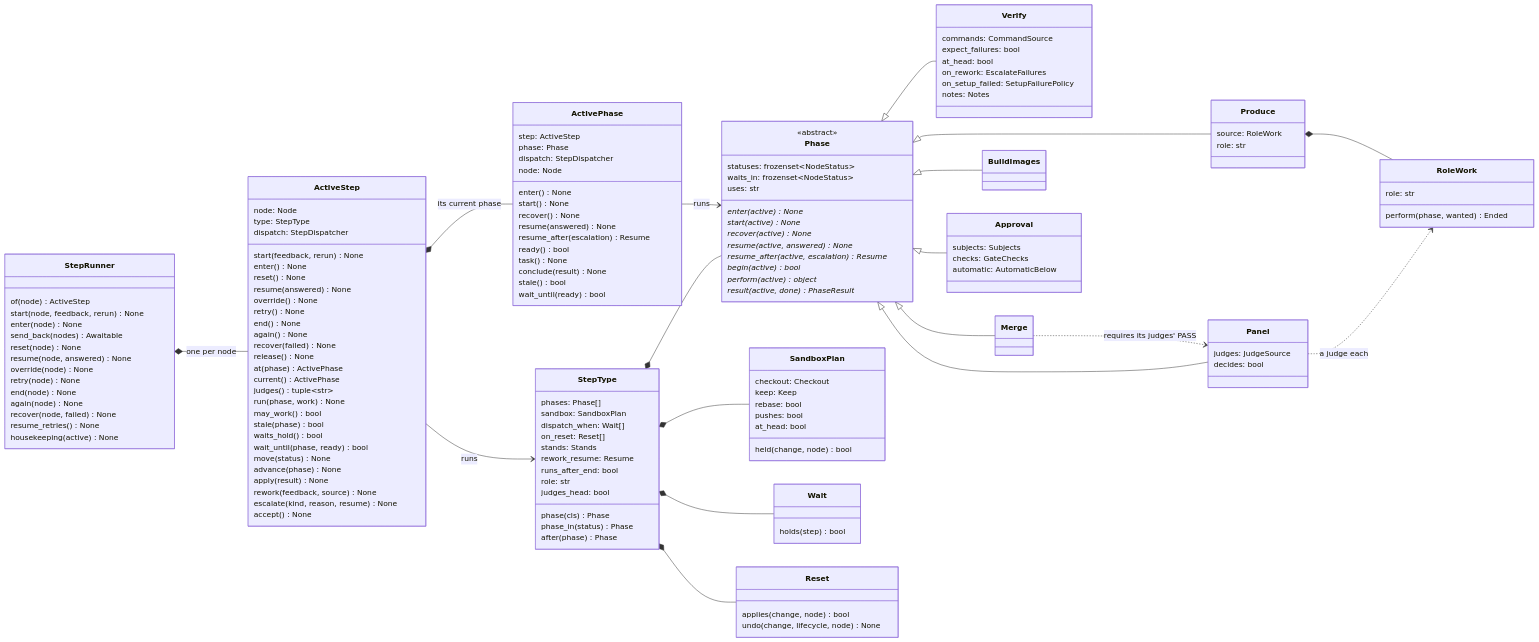
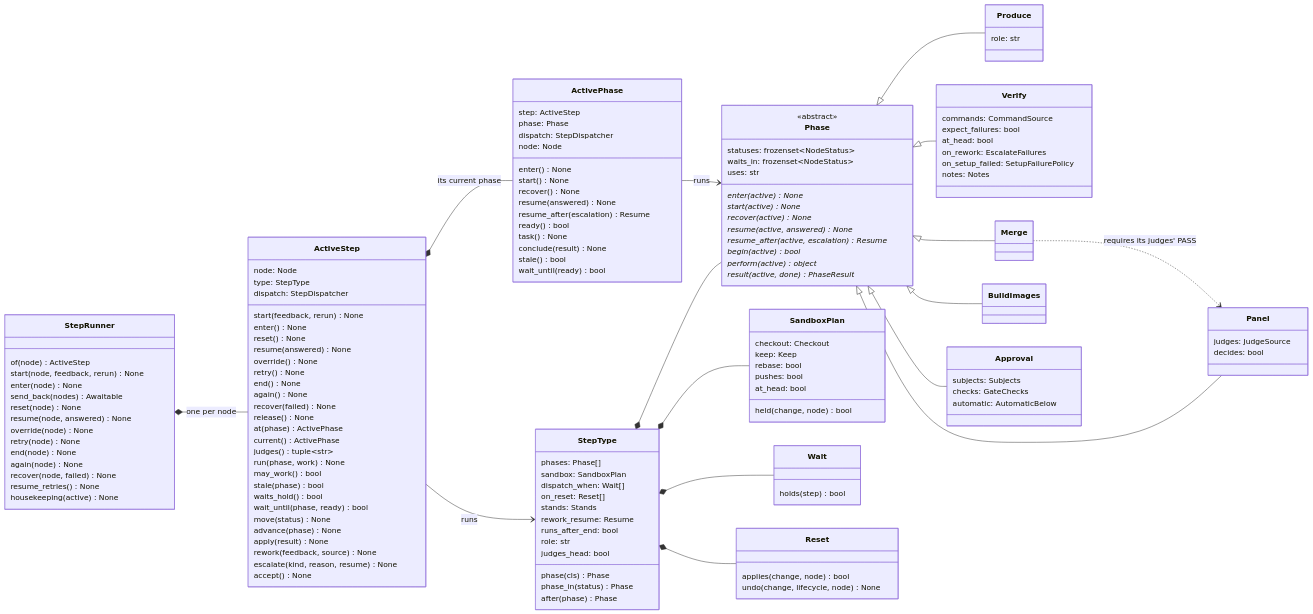
One commit to mr-miles/orchestrator changed the fourth of 6 diagrams in docs/architecture.md. Above: the diagram before and after it, drawn with Mermaid. The commit also changed other lines of this file and 2 other files, not shown here.

Commit message:
An agent's work is a function phases call, not a RoleWork
agent_work(active, role, ...) runs one agent's work for a phase – preconditions, its Work on the
step's dispatcher, the run finished, the handler's conclusion – as verification() runs a
verifier's. Produce declares its role and calls it once; Panel calls it per judge. RoleWork is
gone, and with it the only perform that was not a phase's hook.

```diff
--- a/docs/architecture.md
+++ b/docs/architecture.md
@@ -427,12 +427,7 @@
         wait_until(ready) bool
     }
     class Produce {
-        source: RoleWork
         role: str
-    }
-    class RoleWork {
-        role: str
-        perform(phase, wanted) Ended
     }
     class Verify {
         commands: CommandSource
@@ -478,8 +473,6 @@
     StepType *-- Wait
     StepType *-- Reset
     Phase <|-- Produce
-    Produce *-- RoleWork
-    Panel ..> RoleWork : a judge each
     Merge ..> Panel : requires its judges' PASS
     Phase <|-- Verify
     Phase <|-- Panel
```
